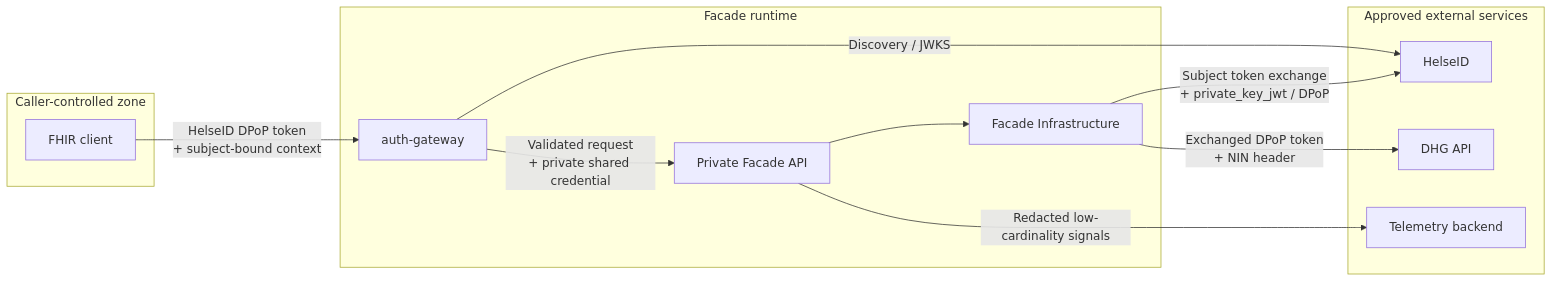
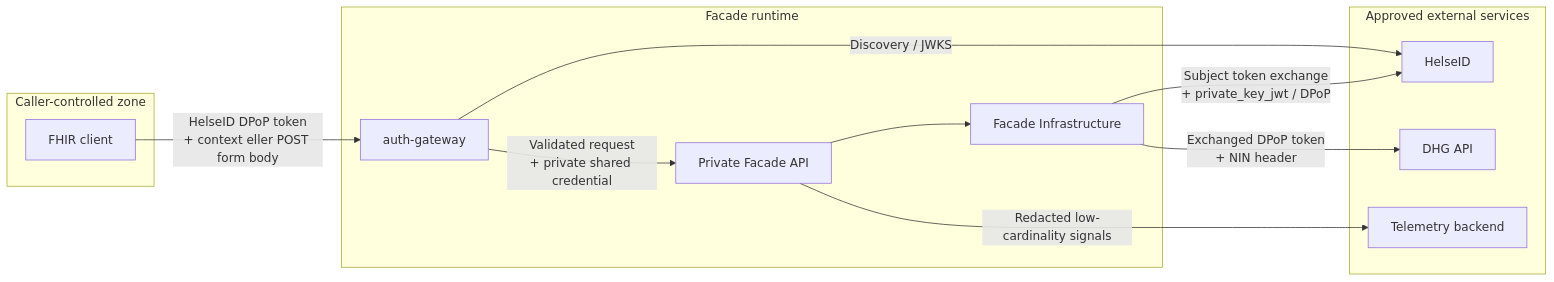
One commit to helgaarm/FhirGravidAPI changed the diagram in docs/security-architecture.md. Above: the diagram before and after it, drawn with Mermaid. The commit also changed other lines of this file and 18 other files, not shown here.

Commit message:
feat: secure NIN POST search with HelseID

````diff
--- a/docs/security-architecture.md
+++ b/docs/security-architecture.md
@@ -5,26 +5,26 @@
 ```mermaid
 flowchart LR
     subgraph Caller [Caller-controlled zone]
         Client["FHIR client"]
     end
 
     subgraph Facade [Facade runtime]
         Gateway["auth-gateway"]
         Api["Private Facade API"]
         Infrastructure["Facade Infrastructure"]
     end
 
     subgraph External [Approved external services]
         HelseID["HelseID"]
         DHG["DHG API"]
         Telemetry["Telemetry backend"]
     end
 
-    Client -->|"HelseID DPoP token<br/>+ subject-bound context"| Gateway
+    Client -->|"HelseID DPoP token<br/>+ context eller POST form body"| Gateway
     Gateway -->|"Validated request<br/>+ private shared credential"| Api
     Gateway -->|"Discovery / JWKS"| HelseID
     Api --> Infrastructure
     Infrastructure -->|"Subject token exchange<br/>+ private_key_jwt / DPoP"| HelseID
     Infrastructure -->|"Exchanged DPoP token<br/>+ NIN header"| DHG
     Api -->|"Redacted low-cardinality signals"| Telemetry
 ```
````
